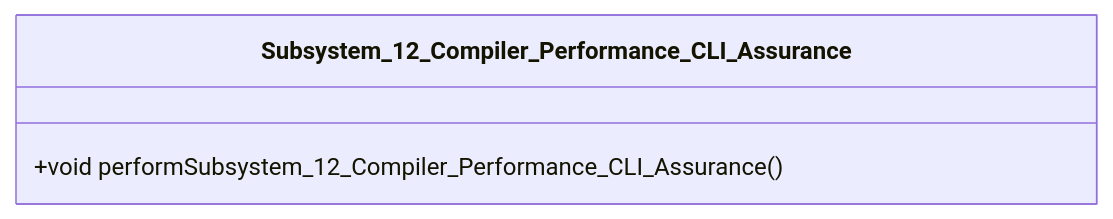
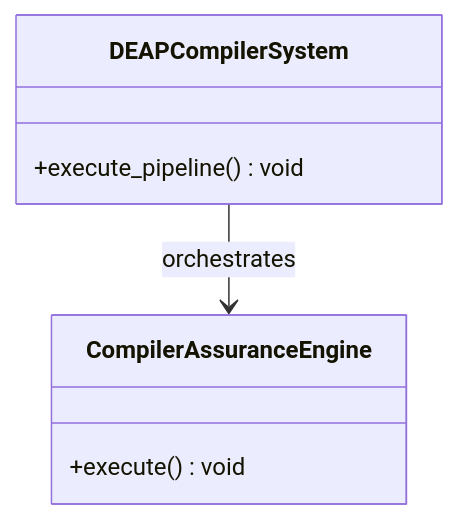
The first of 2 diagrams in docs/epics/EPIC-14-Subsystem_12_Compiler_Performance_CLI_Assurance.md (gintatkinson/dumpiler-01), drawn with Mermaid before and after one commit. The commit also changed other lines of this file and 90 other files, not shown here.

````diff
--- a/docs/epics/EPIC-14-Subsystem_12_Compiler_Performance_CLI_Assurance.md
+++ b/docs/epics/EPIC-14-Subsystem_12_Compiler_Performance_CLI_Assurance.md
@@ -30,6 +53,10 @@
 ```mermaid
 classDiagram
-    class Subsystem_12_Compiler_Performance_CLI_Assurance {
-        +void performSubsystem_12_Compiler_Performance_CLI_Assurance()
+    class DEAPCompilerSystem {
+        +execute_pipeline() void
     }
+    class CompilerAssuranceEngine {
+        +execute() void
+    }
+    DEAPCompilerSystem --> CompilerAssuranceEngine : orchestrates
 ```
````
